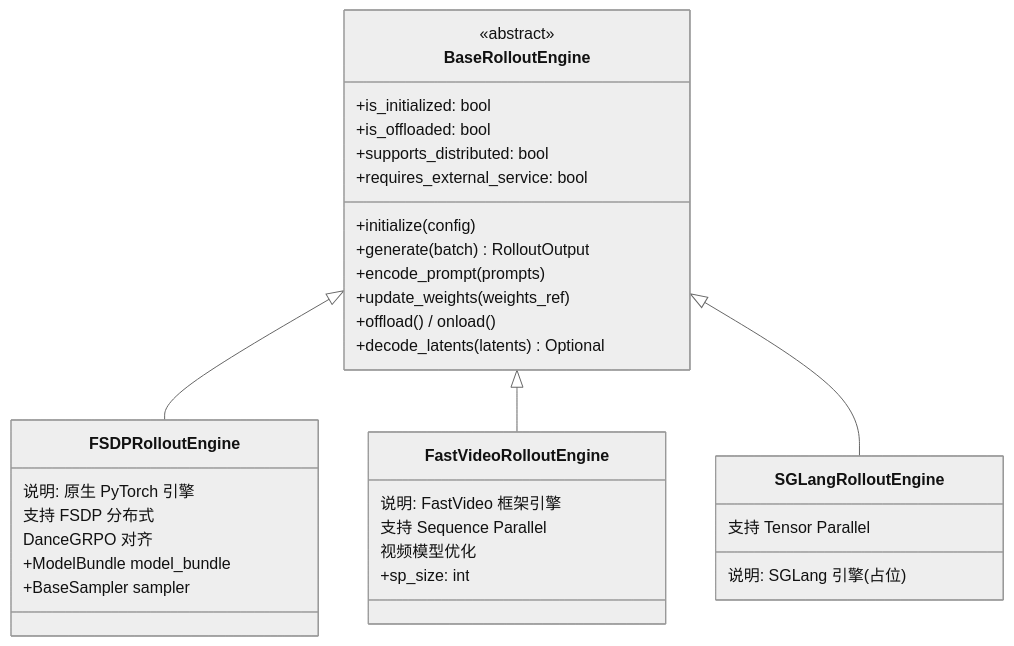
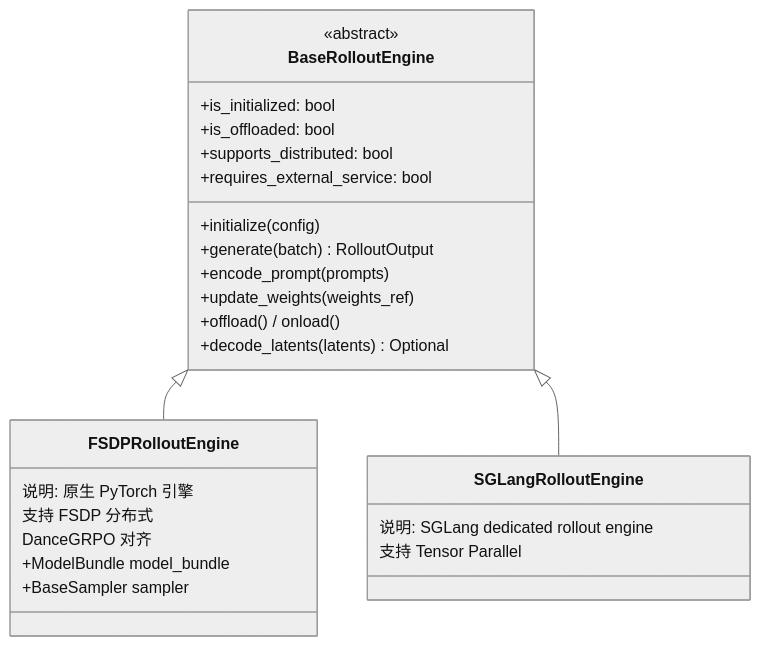
One commit to celve/unirl changed the seventh of 27 diagrams in docs/Diffusion_RL_Design_Analysis.md. Above: the diagram before and after it, drawn with Mermaid (neutral theme). The commit also changed other lines of this file and 6 other files, not shown here.

Commit message:
docs: update architecture guide and extension templates

````diff
--- a/docs/Diffusion_RL_Design_Analysis.md
+++ b/docs/Diffusion_RL_Design_Analysis.md
@@ -1382,40 +1375,32 @@
 ```mermaid
 classDiagram
     class BaseRolloutEngine {
         <<abstract>>
         +is_initialized: bool
         +is_offloaded: bool
         +supports_distributed: bool
         +requires_external_service: bool
         +initialize(config)
         +generate(batch) RolloutOutput
         +encode_prompt(prompts)
         +update_weights(weights_ref)
         +offload() / onload()
         +decode_latents(latents) Optional
     }
 
     class FSDPRolloutEngine {
         说明: 原生 PyTorch 引擎
         支持 FSDP 分布式
         DanceGRPO 对齐
         +ModelBundle model_bundle
         +BaseSampler sampler
     }
 
-    class FastVideoRolloutEngine {
-        说明: FastVideo 框架引擎
-        支持 Sequence Parallel
-        视频模型优化
-        +sp_size: int
-    }
-
     class SGLangRolloutEngine {
-        说明: SGLang 引擎 (占位)
+        说明: SGLang dedicated rollout engine
         支持 Tensor Parallel
     }
 
     BaseRolloutEngine <|-- FSDPRolloutEngine
-    BaseRolloutEngine <|-- FastVideoRolloutEngine
     BaseRolloutEngine <|-- SGLangRolloutEngine
 ```
````
